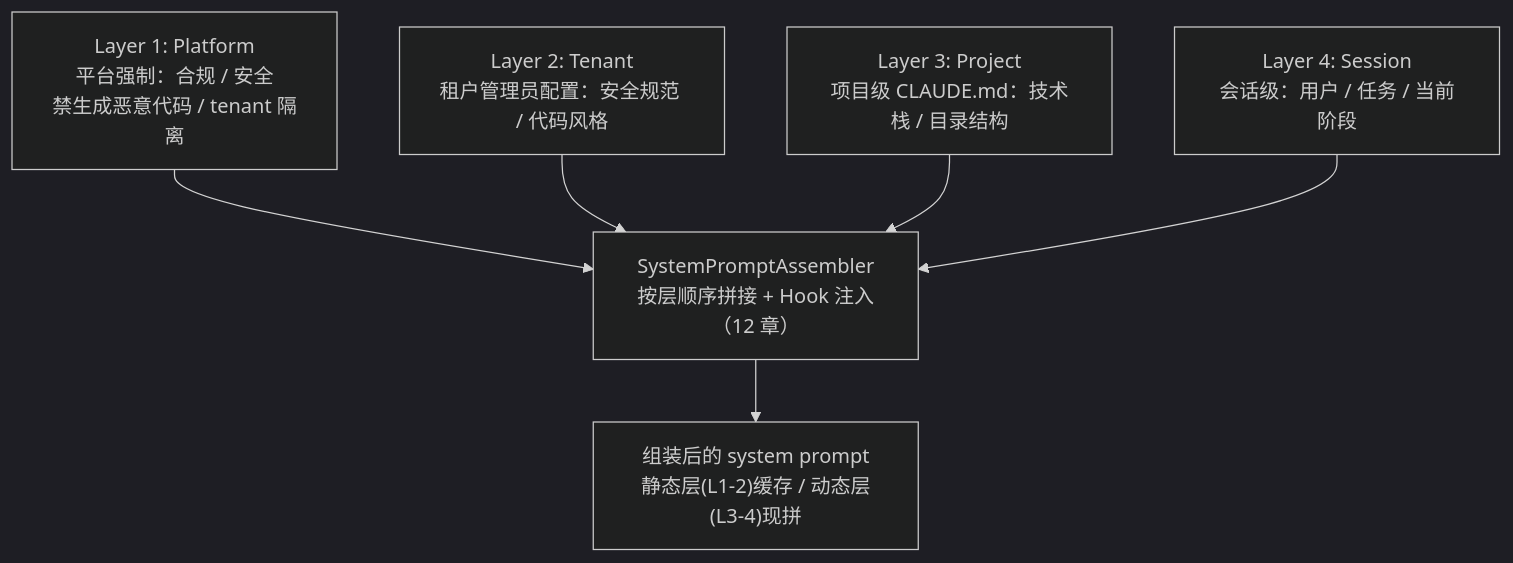
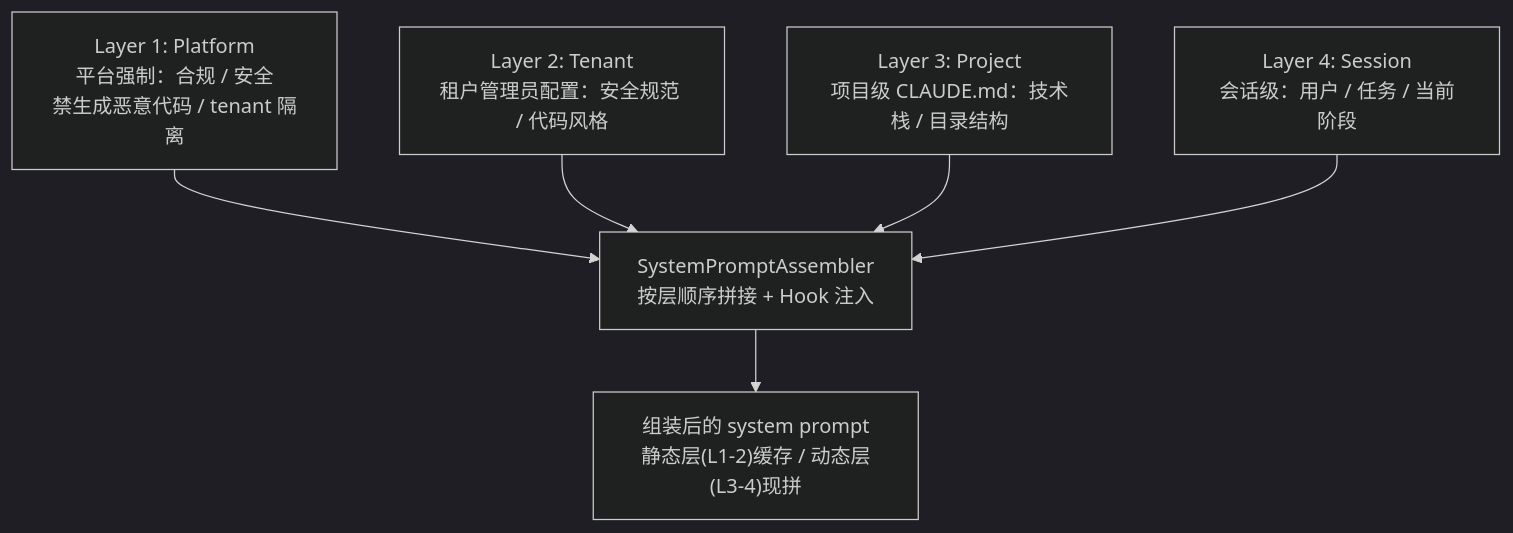
One commit to UranusGit/java-agent-learn changed the third of 5 diagrams in docs/web-claude/14-上下文工程.md. Above: the diagram before and after it, drawn with Mermaid (dark theme). The commit also changed other lines of this file and 184 other files, not shown here.

````diff
--- a/docs/web-claude/14-上下文工程.md
+++ b/docs/web-claude/14-上下文工程.md
@@ -452,13 +452,13 @@
 ```mermaid
 flowchart TB
     L1["Layer 1: Platform<br/>平台强制：合规 / 安全<br/>禁生成恶意代码 / tenant 隔离"]
     L2["Layer 2: Tenant<br/>租户管理员配置：安全规范 / 代码风格"]
     L3["Layer 3: Project<br/>项目级 CLAUDE.md：技术栈 / 目录结构"]
     L4["Layer 4: Session<br/>会话级：用户 / 任务 / 当前阶段"]
-    ASM["SystemPromptAssembler<br/>按层顺序拼接 + Hook 注入（12 章）"]
+    ASM["SystemPromptAssembler<br/>按层顺序拼接 + Hook 注入"]
     L1 --> ASM
     L2 --> ASM
     L3 --> ASM
     L4 --> ASM
     ASM --> OUT["组装后的 system prompt<br/>静态层(L1-2)缓存 / 动态层(L3-4)现拼"]
 ```
````
